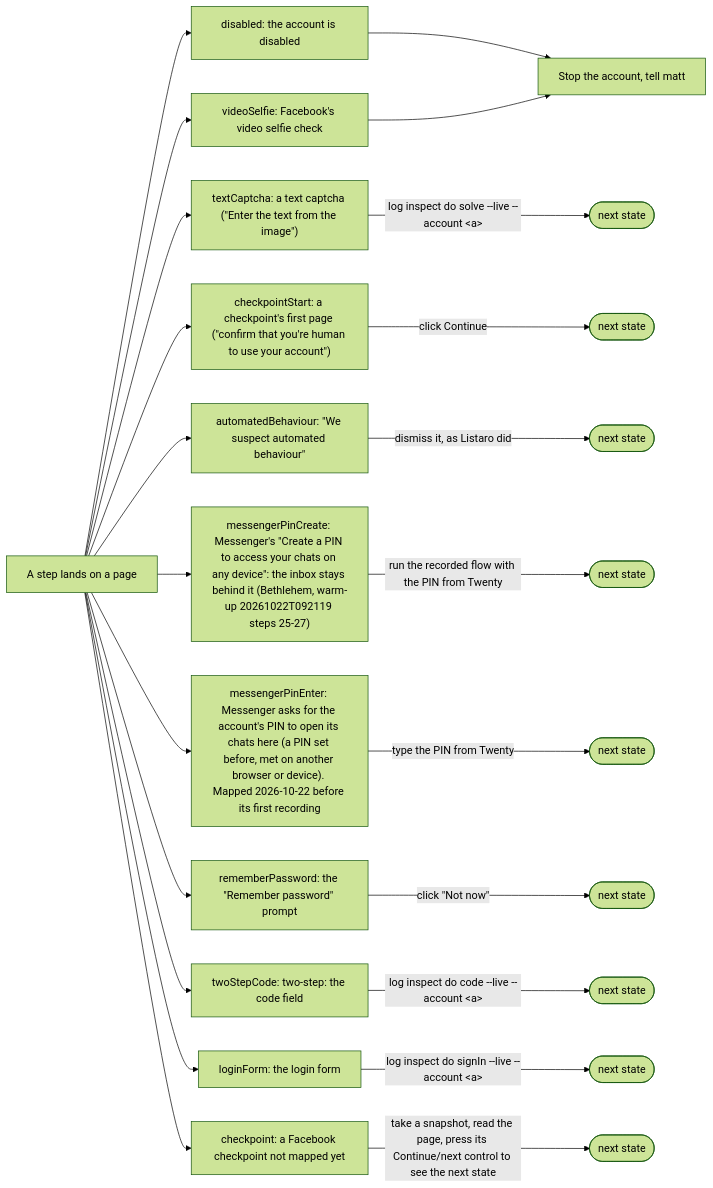
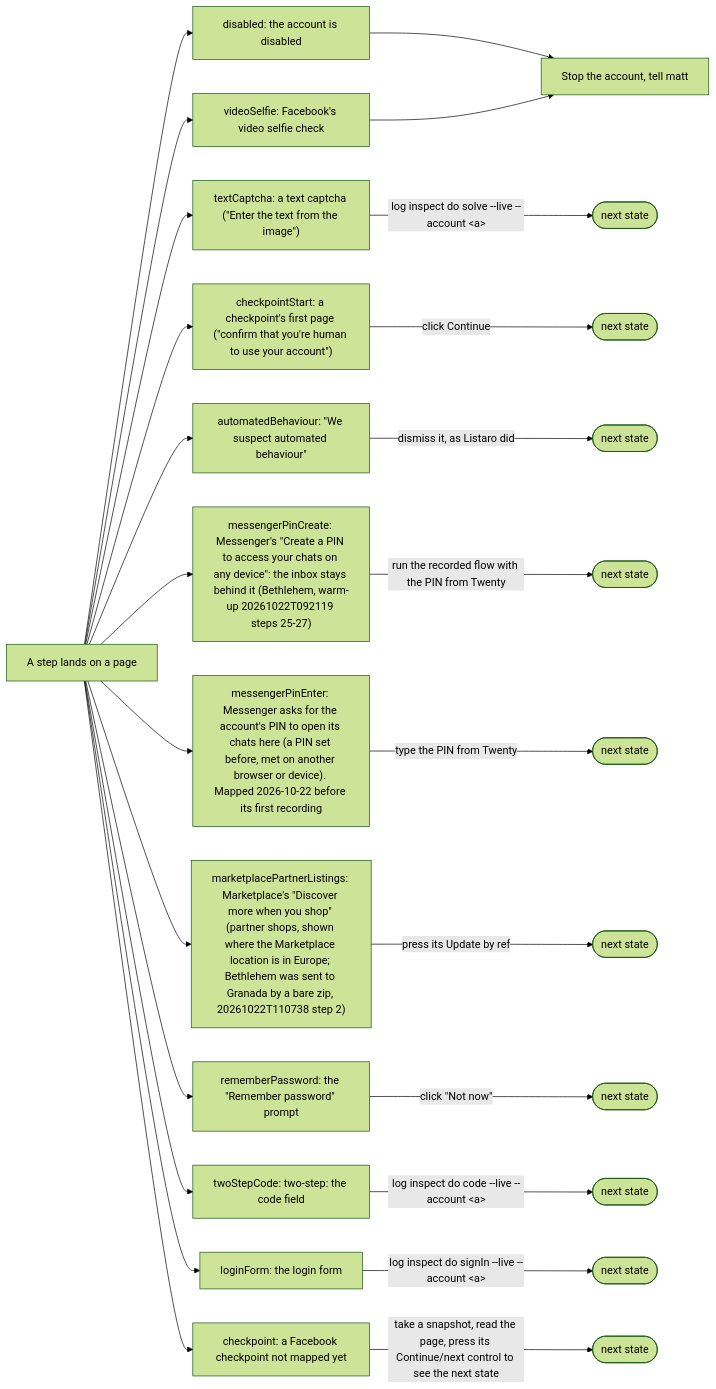
The fifth of 5 diagrams in README.md (matthewdonsemail-lab/log), drawn with Mermaid (forest theme) before and after one commit. The commit also changed other lines of this file and 74 other files, not shown here.

Commit message:
feat: publish a listing from the open AdsPower browser by the recorded flow; the Marketplace location is City, State written out (rule 68)

````diff
--- a/README.md
+++ b/README.md
@@ -413,38 +417,41 @@
 ```mermaid
 flowchart LR
   page["A step lands on a page"]
   person["Stop the account, tell matt"]
   disabled["disabled: the account is disabled"]
   page --> disabled
   disabled --> person
   videoSelfie["videoSelfie: Facebook's video selfie check"]
   page --> videoSelfie
   videoSelfie --> person
   textCaptcha["textCaptcha: a text captcha (#quot;Enter the text from the image#quot;)"]
   page --> textCaptcha
   textCaptcha -->|"log inspect do solve --live --account #lt;a#gt;"| nexttextCaptcha(["next state"])
   checkpointStart["checkpointStart: a checkpoint's first page (#quot;confirm that you're human to use your account#quot;)"]
   page --> checkpointStart
   checkpointStart -->|"click Continue"| nextcheckpointStart(["next state"])
   automatedBehaviour["automatedBehaviour: #quot;We suspect automated behaviour#quot;"]
   page --> automatedBehaviour
   automatedBehaviour -->|"dismiss it, as Listaro did"| nextautomatedBehaviour(["next state"])
   messengerPinCreate["messengerPinCreate: Messenger's #quot;Create a PIN to access your chats on any device#quot;: the inbox stays behind it (Bethlehem, warm-up 20261022T092119 steps 25-27)"]
   page --> messengerPinCreate
   messengerPinCreate -->|"run the recorded flow with the PIN from Twenty"| nextmessengerPinCreate(["next state"])
   messengerPinEnter["messengerPinEnter: Messenger asks for the account's PIN to open its chats here (a PIN set before, met on another browser or device). Mapped 2026-10-22 before its first recording"]
   page --> messengerPinEnter
   messengerPinEnter -->|"type the PIN from Twenty"| nextmessengerPinEnter(["next state"])
+  marketplacePartnerListings["marketplacePartnerListings: Marketplace's #quot;Discover more when you shop#quot; (partner shops, shown where the Marketplace location is in Europe#59; Bethlehem was sent to Granada by a bare zip, 20261022T110738 step 2)"]
+  page --> marketplacePartnerListings
+  marketplacePartnerListings -->|"press its Update by ref"| nextmarketplacePartnerListings(["next state"])
   rememberPassword["rememberPassword: the #quot;Remember password#quot; prompt"]
   page --> rememberPassword
   rememberPassword -->|"click #quot;Not now#quot;"| nextrememberPassword(["next state"])
   twoStepCode["twoStepCode: two-step: the code field"]
   page --> twoStepCode
   twoStepCode -->|"log inspect do code --live --account #lt;a#gt;"| nexttwoStepCode(["next state"])
   loginForm["loginForm: the login form"]
   page --> loginForm
   loginForm -->|"log inspect do signIn --live --account #lt;a#gt;"| nextloginForm(["next state"])
   checkpoint["checkpoint: a Facebook checkpoint not mapped yet"]
   page --> checkpoint
   checkpoint -->|"take a snapshot, read the page, press its Continue/next control to see the next state"| nextcheckpoint(["next state"])
 ```
````
